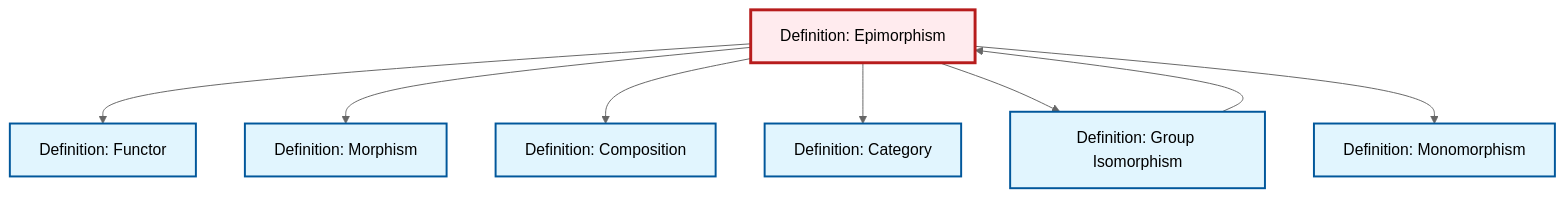
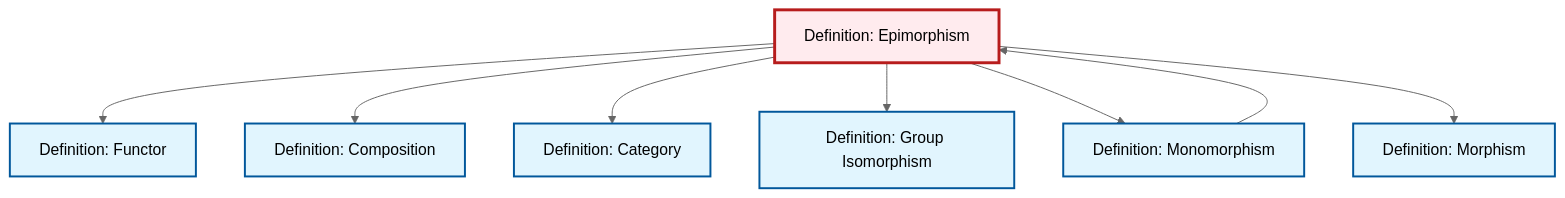
The diagram in content/en/category-theory/def-epimorphism.qmd (RK0429/ModernMath), drawn with Mermaid (neutral theme) before and after one commit. The commit also changed 597 other files, not shown here.

````diff
--- a/content/en/category-theory/def-epimorphism.qmd
+++ b/content/en/category-theory/def-epimorphism.qmd
@@ -96,30 +96,30 @@
 ```{mermaid}
 %%| fig-cap: "Local dependency graph"
 graph TD
     classDef definition fill:#e1f5fe,stroke:#01579b,stroke-width:2px
     classDef theorem fill:#f3e5f5,stroke:#4a148c,stroke-width:2px
     classDef axiom fill:#fff3e0,stroke:#e65100,stroke-width:2px
     classDef example fill:#e8f5e9,stroke:#1b5e20,stroke-width:2px
     classDef current fill:#ffebee,stroke:#b71c1c,stroke-width:3px
+    def-epimorphism["Definition: Epimorphism"]:::definition
+    def-category["Definition: Category"]:::definition
+    def-isomorphism["Definition: Group Isomorphism"]:::definition
     def-morphism["Definition: Morphism"]:::definition
-    def-category["Definition: Category"]:::definition
-    def-epimorphism["Definition: Epimorphism"]:::definition
-    def-isomorphism["Definition: Group Isomorphism"]:::definition
+    def-monomorphism["Definition: Monomorphism"]:::definition
     def-composition["Definition: Composition"]:::definition
     def-functor["Definition: Functor"]:::definition
-    def-monomorphism["Definition: Monomorphism"]:::definition
+    def-monomorphism --> def-epimorphism
     def-epimorphism --> def-functor
-    def-epimorphism --> def-morphism
     def-epimorphism --> def-composition
-    def-isomorphism --> def-epimorphism
     def-epimorphism --> def-category
     def-epimorphism --> def-isomorphism
     def-epimorphism --> def-monomorphism
+    def-epimorphism --> def-morphism
     class def-epimorphism current
-    click def-morphism "def-morphism.html" "Go to Morphism definition"
     click def-category "def-category.html" "Go to Category definition"
     click def-isomorphism "def-isomorphism.html" "Go to Group Isomorphism definition"
+    click def-morphism "def-morphism.html" "Go to Morphism definition"
+    click def-monomorphism "def-monomorphism.html" "Go to Monomorphism definition"
     click def-composition "def-composition.html" "Go to Composition definition"
     click def-functor "def-functor.html" "Go to Functor definition"
-    click def-monomorphism "def-monomorphism.html" "Go to Monomorphism definition"
 ```
````
